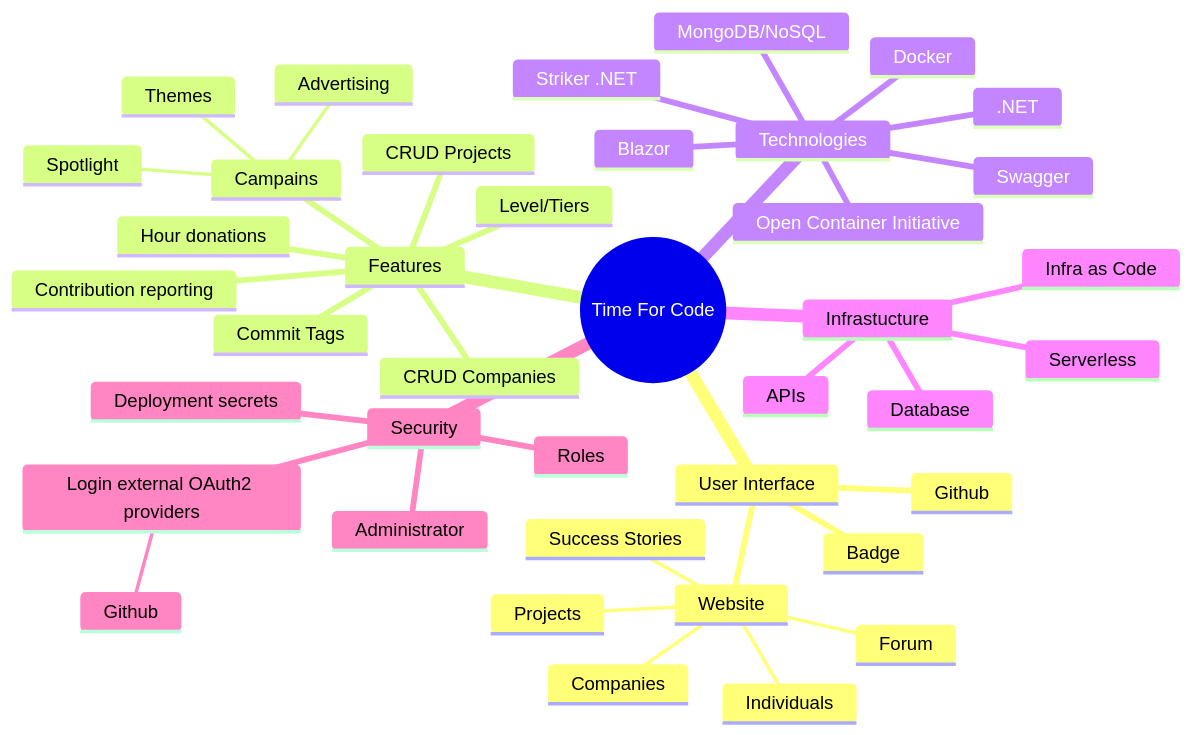
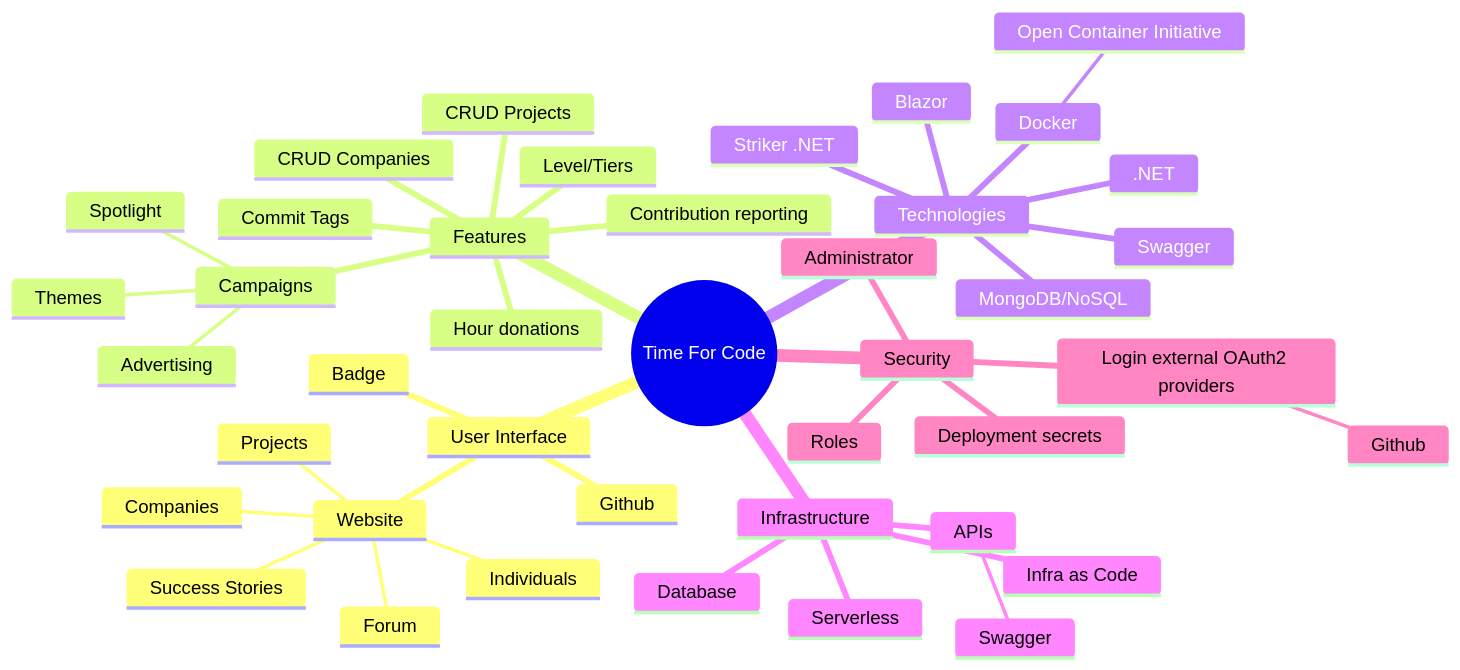
One commit to wouterfennis/TimeForCode changed the diagram in docs/mindmap.md. Above: the diagram before and after it, drawn with Mermaid. The commit also changed other lines of this file and 2 other files, not shown here.

````diff
--- a/docs/mindmap.md
+++ b/docs/mindmap.md
@@ -7,44 +7,44 @@
 ```mermaid
 mindmap
   root((Time For Code))
     User Interface
         Website
             Success Stories
             Forum
             Projects
             Companies
             Individuals
         Badge
         Github
     Features
         Hour donations
         Contribution reporting
         Level/Tiers
         Commit Tags
-        Campains
+        Campaigns
             Spotlight
             Themes
             Advertising
         CRUD Projects
         CRUD Companies
     Technologies
         .NET
         Blazor
         Striker .NET
         MongoDB/NoSQL
         Docker
-        Open Container Initiative
+            Open Container Initiative
         Swagger
-    Infrastucture
+    Infrastructure
         Infra as Code
         Database
         Serverless
         APIs
+            Swagger
     Security 
         Login external OAuth2 providers
             Github
         Roles
         Administrator
         Deployment secrets
-
 ```
````
